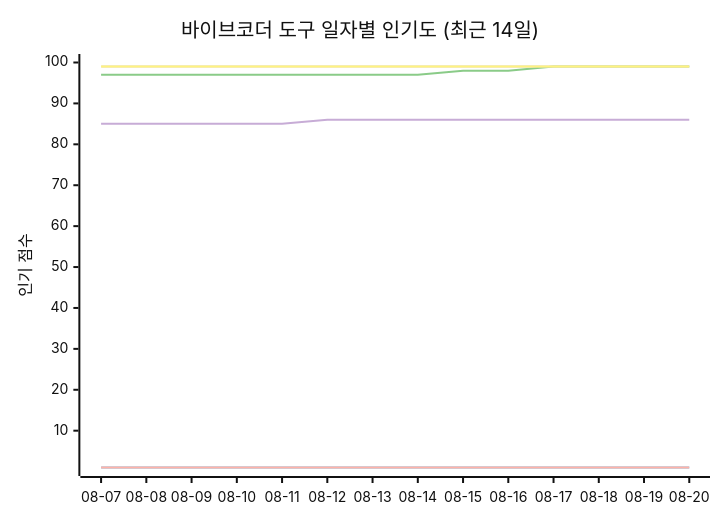
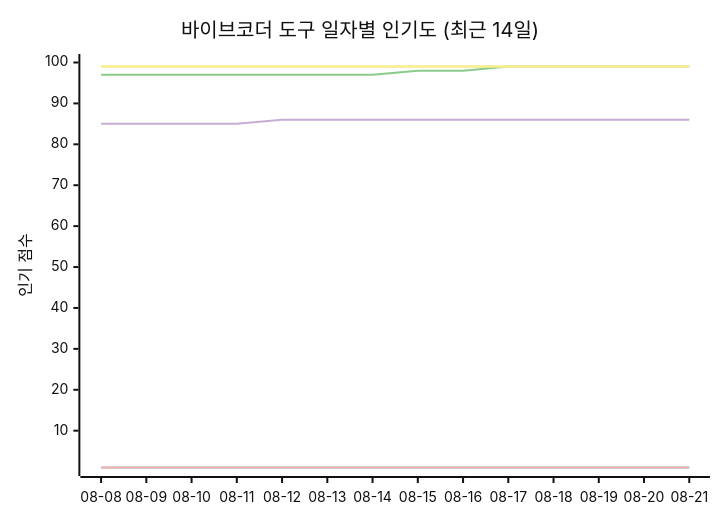
The seventh of 11 diagrams in README_ko.md (tykimos/ai-whatchelin), drawn with Mermaid (neutral theme) before and after one commit. The commit also changed other lines of this file and 4 other files, not shown here.

````diff
--- a/README_ko.md
+++ b/README_ko.md
@@ -2270,13 +2276,13 @@
 ```mermaid
 xychart-beta
     title "바이브코더 도구 일자별 인기도 (최근 14일)"
-    x-axis ["08-07", "08-08", "08-09", "08-10", "08-11", "08-12", "08-13", "08-14", "08-15", "08-16", "08-17", "08-18", "08-19", "08-20"]
+    x-axis ["08-08", "08-09", "08-10", "08-11", "08-12", "08-13", "08-14", "08-15", "08-16", "08-17", "08-18", "08-19", "08-20", "08-21"]
     y-axis "인기 점수" 1 --> 100
     line "Claude Code" [99, 99, 99, 99, 99, 99, 99, 99, 99, 99, 99, 99, 99, 99]
     line "GH Copilot" [1, 1, 1, 1, 1, 1, 1, 1, 1, 1, 1, 1, 1, 1]
-    line "Cursor" [97, 97, 97, 97, 97, 97, 97, 97, 98, 98, 99, 99, 99, 99]
-    line "Windsurf" [85, 85, 85, 85, 85, 86, 86, 86, 86, 86, 86, 86, 86, 86]
+    line "Cursor" [97, 97, 97, 97, 97, 97, 97, 98, 98, 99, 99, 99, 99, 99]
+    line "Windsurf" [85, 85, 85, 85, 86, 86, 86, 86, 86, 86, 86, 86, 86, 86]
     line "Codex CLI" [99, 99, 99, 99, 99, 99, 99, 99, 99, 99, 99, 99, 99, 99]
     line "Gemini CLI" [1, 1, 1, 1, 1, 1, 1, 1, 1, 1, 1, 1, 1, 1]
     line "Antigravity" [99, 99, 99, 99, 99, 99, 99, 99, 99, 99, 99, 99, 99, 99]
 ```
````
